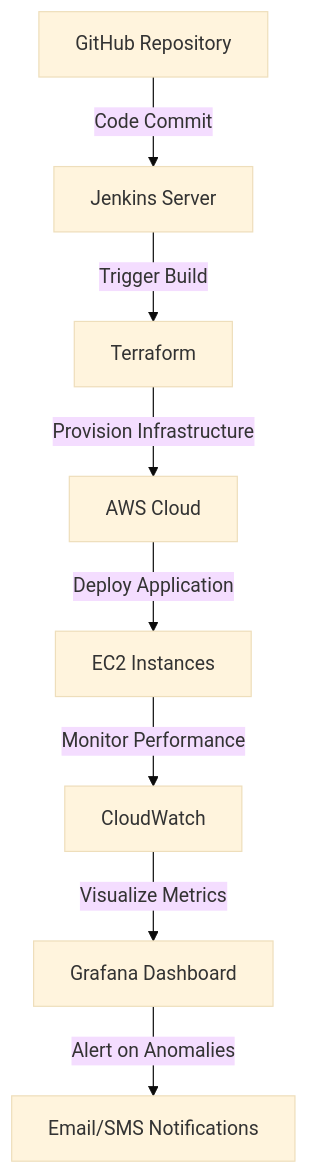
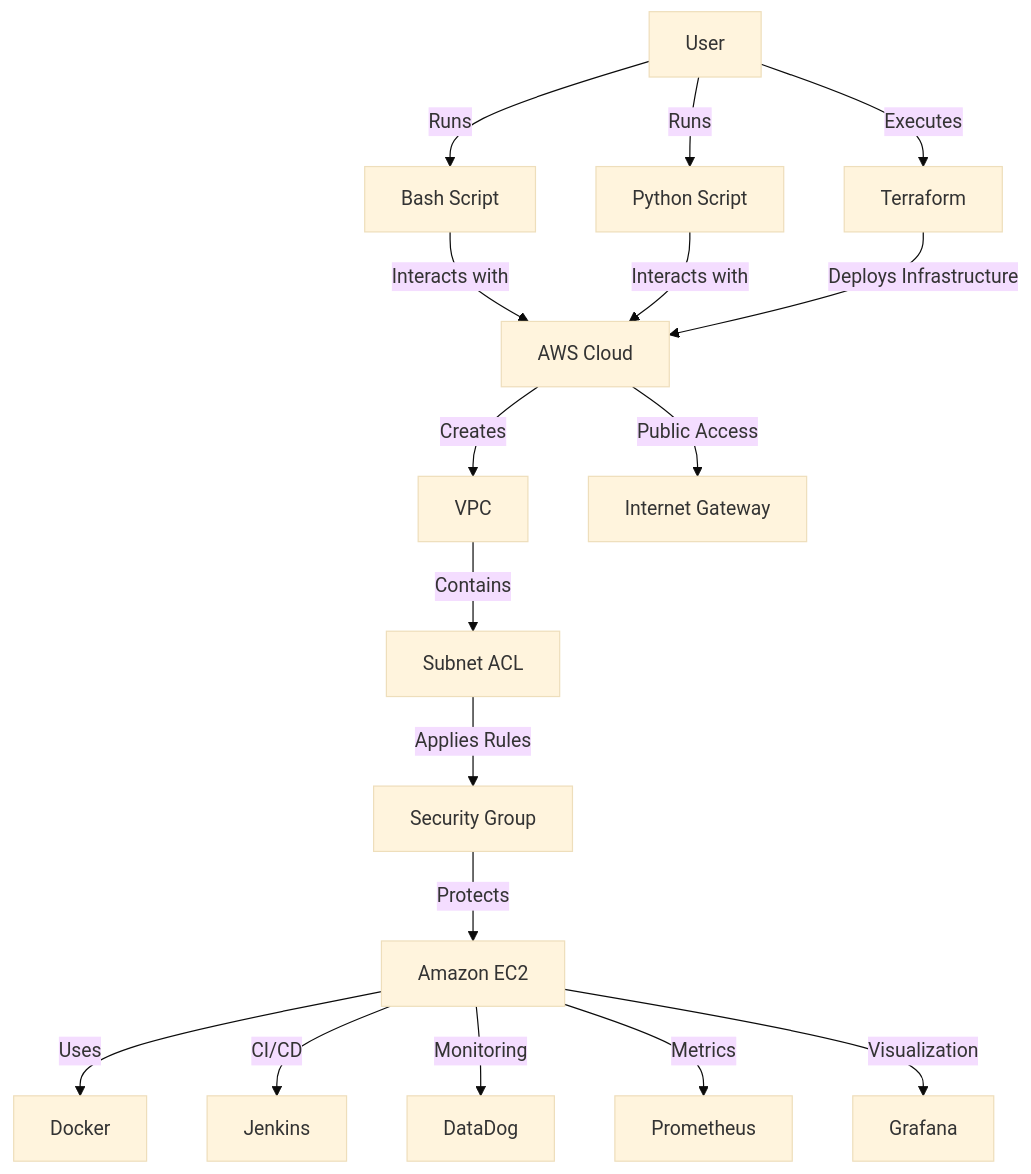
The diagram in README.md (Aymon00/Comprehensive-CI-CD-Cloud-Automation-with-Terraform-Python-and-Real-Time-Monitoring), drawn with Mermaid (base theme) before and after one commit.

````diff
--- a/README.md
+++ b/README.md
@@ -58,11 +58,25 @@
 ```mermaid
-graph TD
-    A[GitHub Repository] -->|Code Commit| B[Jenkins Server]
-    B -->|Trigger Build| C[Terraform]
-    C -->|Provision Infrastructure| D[AWS Cloud]
-    D -->|Deploy Application| E[EC2 Instances]
-    E -->|Monitor Performance| F[CloudWatch]
-    F -->|Visualize Metrics| G[Grafana Dashboard]
-    G -->|Alert on Anomalies| H[Email/SMS Notifications]
+    graph TD
+    A[User] -->|Runs| B[Bash Script]
+    A -->|Runs| C[Python Script]
+    A -->|Executes| D[Terraform]
+    
+    B -->|Interacts with| E[AWS Cloud]
+    C -->|Interacts with| E
+    D -->|Deploys Infrastructure| E
+    
+    E -->|Creates| F[VPC]
+    F -->|Contains| G[Subnet ACL]
+    G -->|Applies Rules| H[Security Group]
+    H -->|Protects| I[Amazon EC2]
+    
+    I -->|Uses| J[Docker]
+    I -->|CI/CD| K[Jenkins]
+    I -->|Monitoring| L[DataDog]
+    I -->|Metrics| M[Prometheus]
+    I -->|Visualization| N[Grafana]
+
+    E -->|Public Access| O[Internet Gateway]
+
 
 ```
````
